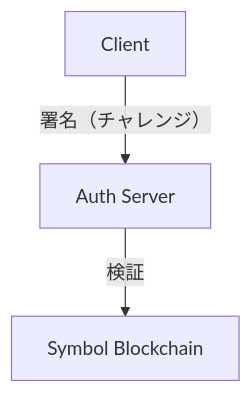
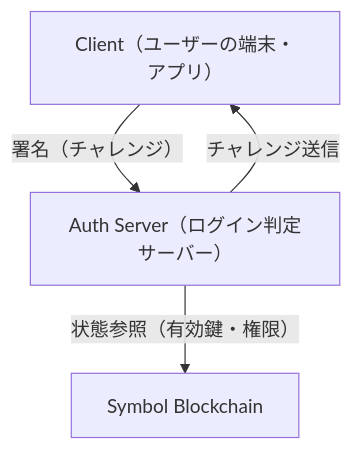
Before and after one commit to nemnesia/symbol-sign-on: the first of 3 diagrams in concept-paper.md, drawn with Mermaid. The commit also changed other lines of this file, not shown here.

````diff
--- a/concept-paper.md
+++ b/concept-paper.md
@@ -75,8 +85,9 @@
 ```mermaid
 graph TD
-   Client[Client]
-   AuthServer[Auth Server]
+   Client[Client（ユーザーの端末・アプリ）]
+   AuthServer[Auth Server（ログイン判定サーバー）]
    Blockchain[Symbol Blockchain]
-   Client -- 署名（チャレンジ） --> AuthServer
-   AuthServer -- 検証 --> Blockchain
+  AuthServer -- チャレンジ送信 --> Client
+  Client -- 署名（チャレンジ） --> AuthServer
+  AuthServer -- 状態参照（有効鍵・権限） --> Blockchain
 ```
````
